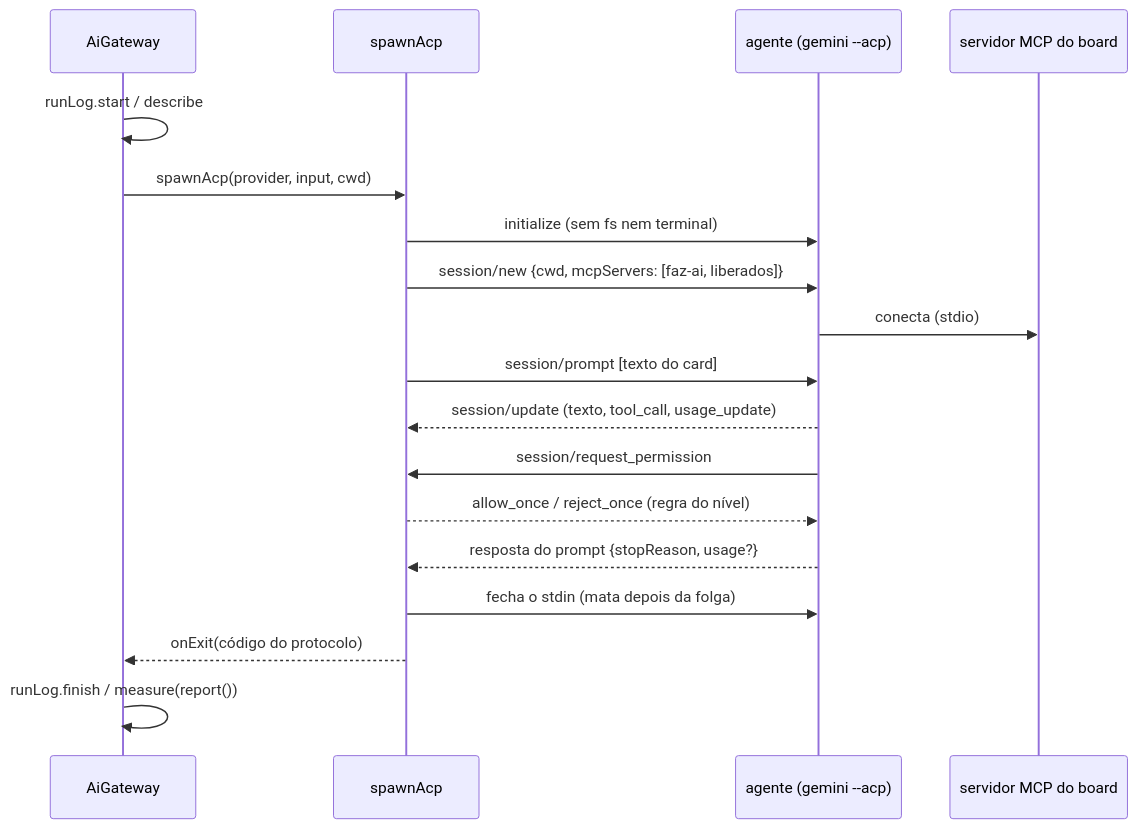
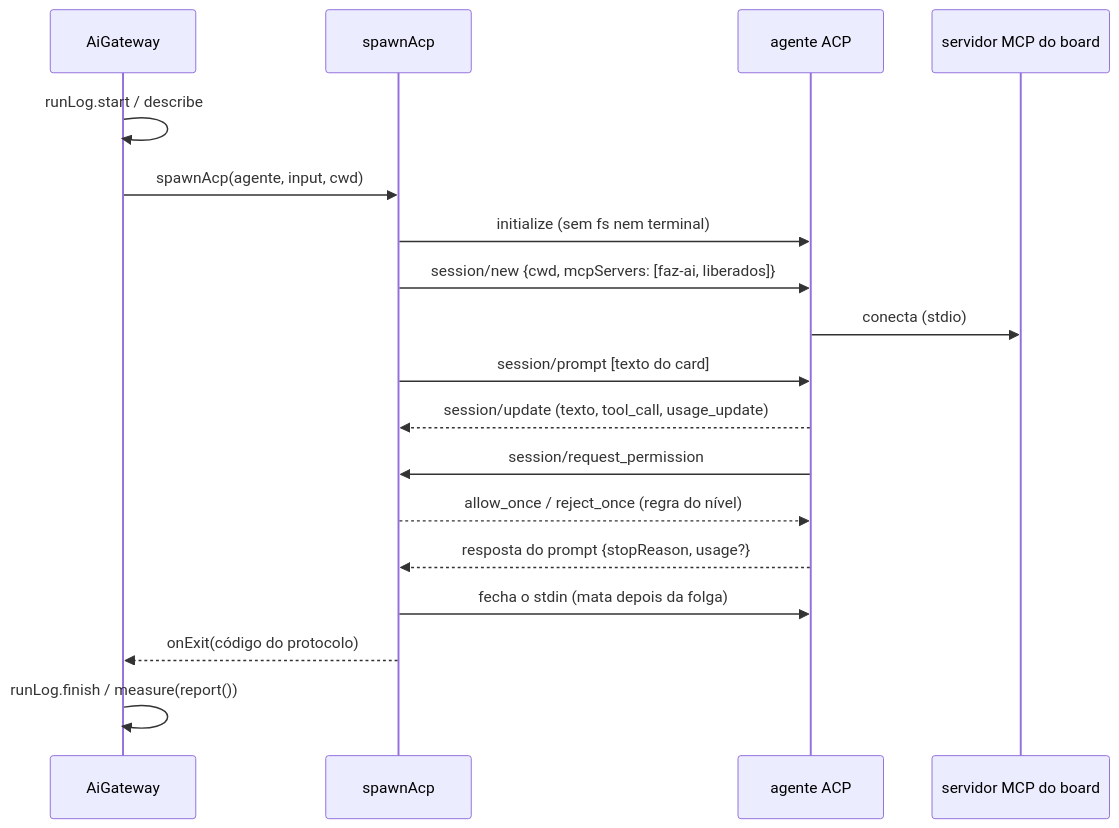
Before and after one commit to euclidesgc/faz-ai: the diagram in docs/decisoes/acp-transporte-de-agentes.md, drawn with Mermaid. The commit also changed other lines of this file and 6 other files, not shown here.

````diff
--- a/docs/decisoes/acp-transporte-de-agentes.md
+++ b/docs/decisoes/acp-transporte-de-agentes.md
@@ -94,20 +145,20 @@
 ```mermaid
 sequenceDiagram
   participant G as AiGateway
   participant T as spawnAcp
-  participant A as agente (gemini --acp)
+  participant A as agente ACP
   participant M as servidor MCP do board
   G->>G: runLog.start / describe
-  G->>T: spawnAcp(provider, input, cwd)
+  G->>T: spawnAcp(agente, input, cwd)
   T->>A: initialize (sem fs nem terminal)
   T->>A: session/new {cwd, mcpServers: [faz-ai, liberados]}
   A->>M: conecta (stdio)
   T->>A: session/prompt [texto do card]
   A-->>T: session/update (texto, tool_call, usage_update)
   A->>T: session/request_permission
   T-->>A: allow_once / reject_once (regra do nível)
   A-->>T: resposta do prompt {stopReason, usage?}
   T->>A: fecha o stdin (mata depois da folga)
   T-->>G: onExit(código do protocolo)
   G->>G: runLog.finish / measure(report())
 ```
````
